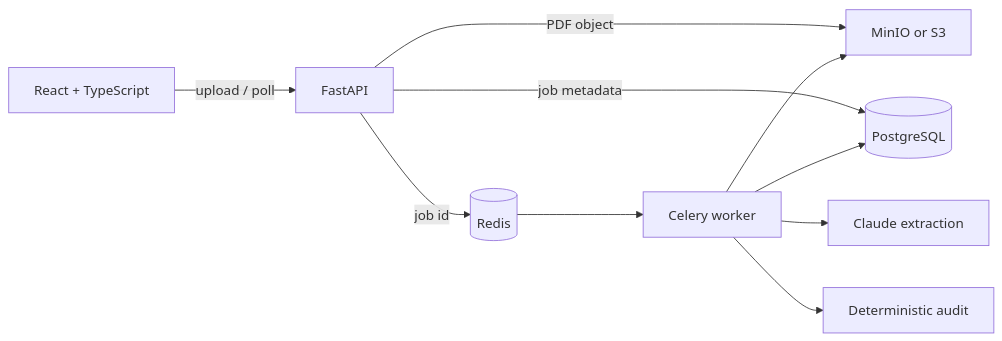
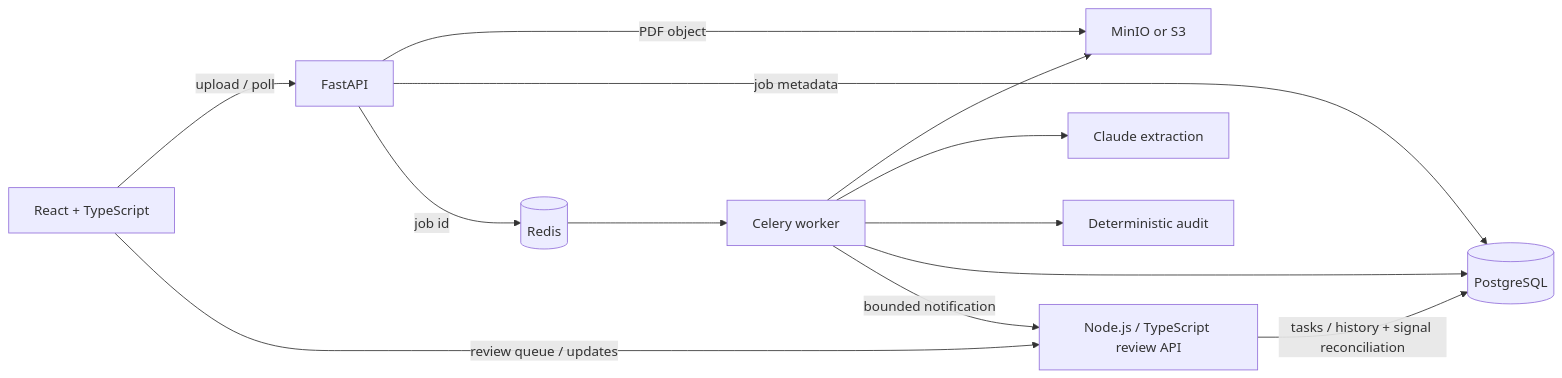
The diagram in README.md (kanishk-sc/freightiq), drawn with Mermaid before and after one commit. The commit also changed other lines of this file and 47 other files, not shown here.

Commit message:
feat: add Node.js document review and exception workflow

````diff
--- a/README.md
+++ b/README.md
@@ -18,12 +18,15 @@
 ```mermaid
 flowchart LR
     UI[React + TypeScript] -->|upload / poll| API[FastAPI]
     API -->|PDF object| S3[MinIO or S3]
     API -->|job metadata| PG[(PostgreSQL)]
     API -->|job id| R[(Redis)]
     R --> W[Celery worker]
     W --> S3
     W --> C[Claude extraction]
     W --> D[Deterministic audit]
     W --> PG
+    W -->|bounded notification| N[Node.js / TypeScript review API]
+    N -->|tasks / history + signal reconciliation| PG
+    UI -->|review queue / updates| N
 ```
````
